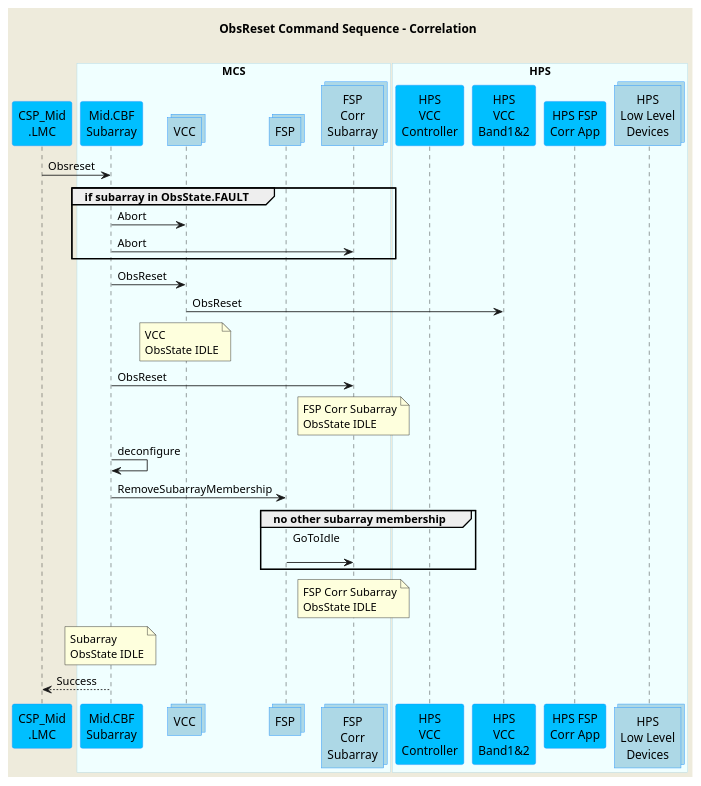
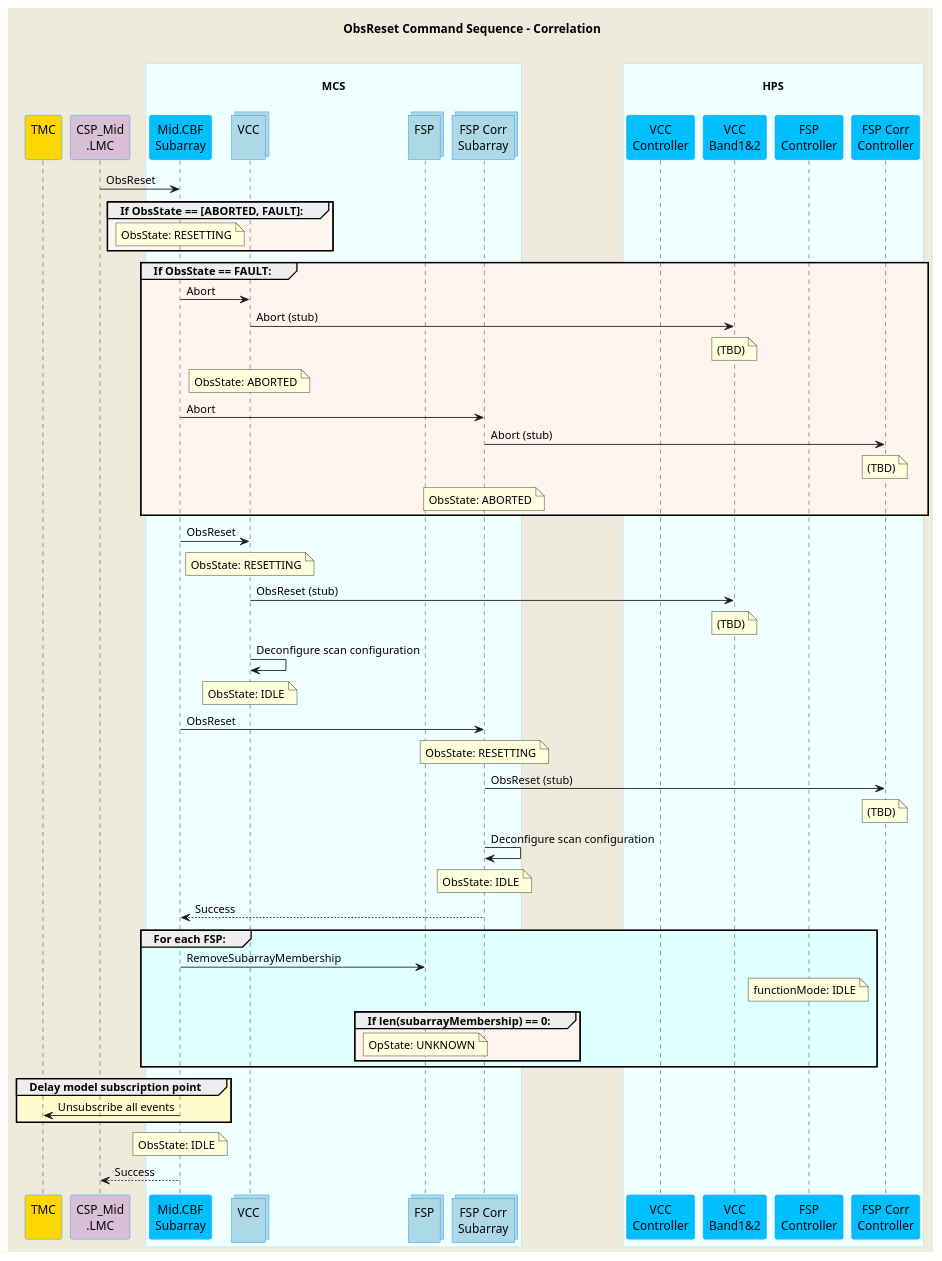
One commit to ska-telescope/mid-cbf-mcs changed the diagram in docs/src/diagrams/obsreset-command.puml. Above: the diagram before and after it, drawn with PlantUML. The commit also changed 19 other files, not shown here.

```diff
--- a/docs/src/diagrams/obsreset-command.puml
+++ b/docs/src/diagrams/obsreset-command.puml
@@ -1,69 +1,86 @@
 @startuml
 'https://plantuml.com/sequence-diagram
 
 skinparam backgroundColor #EEEBDC
 skinparam sequence {
-ParticipantBorderColor DodgerBlue
-ParticipantBackgroundColor DeepSkyBlue
-ActorBorderColor DarkGreen
-ActorBackgroundColor Green
-BoxBorderColor LightBlue
-BoxBackgroundColor #F0FFFF
+  ParticipantBorderColor DodgerBlue
+  ParticipantBackgroundColor DeepSkyBlue
+  ActorBorderColor DarkGreen
+  ActorBackgroundColor Green
+  BoxBorderColor LightBlue
+  BoxBackgroundColor #F0FFFF
 }
-
 skinparam collections {
   BackGroundColor LightBlue
   BorderColor DodgerBlue
 }
-
 skinparam database {
   BackgroundColor LightGreen
   BorderColor DarkGreen
 }
 
 title ObsReset Command Sequence - Correlation\n
 
-participant "CSP_Mid\n.LMC" as lmc
-
-box "MCS"
-participant "Mid.CBF\nSubarray" as subarray
-collections "VCC" as vcc
-collections "FSP" as fsp
-collections "FSP\nCorr\nSubarray" as fspsubarray
+participant "TMC\n" as tmc #Gold
+participant "CSP_Mid\n.LMC" as lmc #Thistle
+box "\nMCS\n"
+  participant "Mid.CBF\nSubarray" as subarray
+  collections "VCC\n" as vcc
+  collections "FSP\n" as fsp
+  collections "FSP Corr\nSubarray" as fspsubarray
+end box
+box "\nHPS\n"
+  participant "VCC\nController" as hpsvcc
+  participant "VCC\nBand1&2" as hpsvccband
+  participant "FSP\nController" as hpsfsp_cont  
+  participant "FSP Corr\nController" as hpsfsp
 end box
 
-box "HPS"
-participant "HPS\nVCC\nController" as hpsvcc
-participant "HPS\nVCC\nBand1&2" as hpsvccband
-participant "HPS FSP\nCorr App" as hpsfsp
-collections "HPS\nLow Level\nDevices" as hpsdevices
-end box
+lmc         ->  subarray      : ObsReset
 
-lmc         ->  subarray      : Obsreset
+group #SeaShell If ObsState == [ABORTED, FAULT]:
+  note over subarray           : ObsState: RESETTING
+end group
 
-group if subarray in ObsState.FAULT
-subarray    ->  vcc           : Abort
-subarray    ->  fspsubarray   : Abort
+group #SeaShell If ObsState == FAULT:
+  subarray    ->  vcc           : Abort
+  vcc         ->  hpsvccband    : Abort (stub)
+  note over hpsvccband          : (TBD)
+  note over vcc                 : ObsState: ABORTED
+  subarray    ->  fspsubarray   : Abort
+  fspsubarray ->  hpsfsp        : Abort (stub)
+  note over hpsfsp              : (TBD)
+  note over fspsubarray         : ObsState: ABORTED
 end group
 
 subarray    ->  vcc           : ObsReset
-vcc         ->  hpsvccband    : ObsReset
+note over vcc                 : ObsState: RESETTING
+vcc         ->  hpsvccband    : ObsReset (stub)
+note over hpsvccband          : (TBD)
+vcc         ->  vcc           : Deconfigure scan configuration 
+note over vcc                 : ObsState: IDLE
 
-note over vcc                 : VCC\nObsState IDLE
 subarray    ->  fspsubarray   : ObsReset
+note over fspsubarray         : ObsState: RESETTING
+fspsubarray ->  hpsfsp        : ObsReset (stub)
+note over hpsfsp              : (TBD)
+fspsubarray ->  fspsubarray   : Deconfigure scan configuration
+note over fspsubarray         : ObsState: IDLE
+subarray    <--  fspsubarray  : Success
 
-note over fspsubarray         : FSP Corr Subarray\nObsState IDLE
-
-subarray    ->  subarray      : deconfigure
-subarray    ->  fsp           : RemoveSubarrayMembership
-
-group no other subarray membership
-fsp         ->  fspsubarray   : GoToIdle\n
+group #LightCyan For each FSP:
+    subarray    -> fsp        : RemoveSubarrayMembership
+    note over hpsfsp_cont     : functionMode: IDLE
+    group #SeaShell If len(subarrayMembership) == 0:
+      note over fsp           : OpState: UNKNOWN
+    end group
 end group
 
-note over fspsubarray         : FSP Corr Subarray\nObsState IDLE
-note over subarray            : Subarray\nObsState IDLE
+group #LemonChiffon Delay model subscription point
+    subarray    -> tmc        : Unsubscribe all events
+end group
+
+note over subarray            : ObsState: IDLE
 lmc        <--  subarray      : Success
 
-
 @enduml
```
